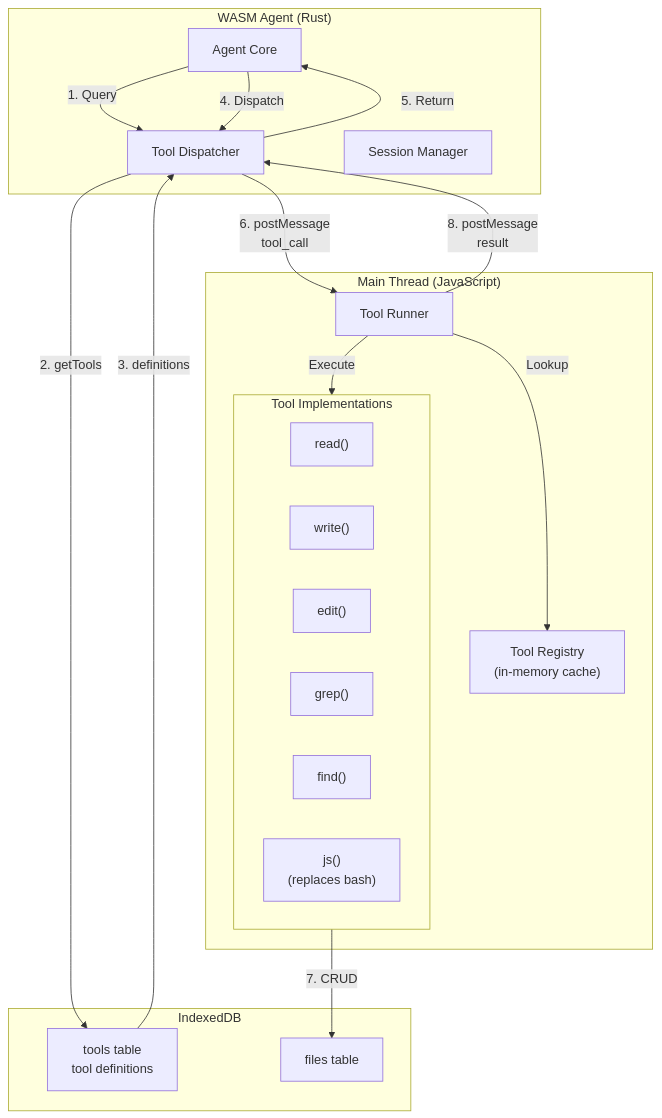
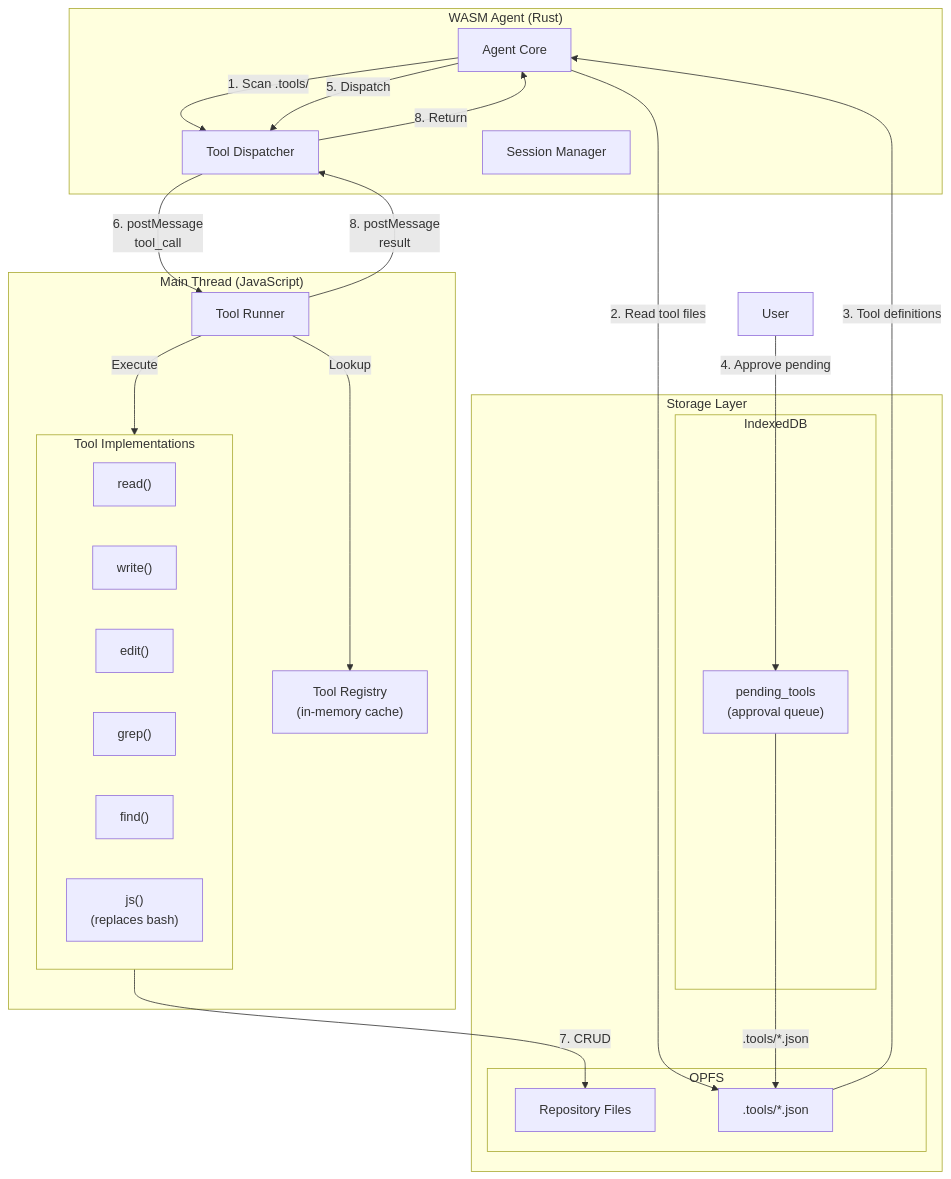
Before and after one commit to weolopez/aardvark: the third of 8 diagrams in ARCHITECTURE.md, drawn with Mermaid. The commit also changed other lines of this file, not shown here.

Commit message:
feat: Update architecture documentation to reflect OPFS integration and tool approval workflow

````diff
--- a/ARCHITECTURE.md
+++ b/ARCHITECTURE.md
@@ -115,40 +140,48 @@
 ```mermaid
 flowchart TB
     subgraph AgentWASM["WASM Agent (Rust)"]
         AgentCore["Agent Core"]
         ToolDispatcher["Tool Dispatcher"]
         SessionMgr["Session Manager"]
         
-        AgentCore -->|1. Query| ToolDispatcher
-        AgentCore -->|4. Dispatch| ToolDispatcher
-        ToolDispatcher -->|5. Return| AgentCore
+        AgentCore -->|1. Scan .tools/| ToolDispatcher
+        AgentCore -->|5. Dispatch| ToolDispatcher
+        ToolDispatcher -->|8. Return| AgentCore
     end
     
     subgraph MainThread["Main Thread (JavaScript)"]
         ToolRunner["Tool Runner"]
         ToolRegistry["Tool Registry<br/>(in-memory cache)"]
         
         subgraph ToolImpls["Tool Implementations"]
             Read["read()"]
             Write["write()"]
             Edit["edit()"]
             Grep["grep()"]
             Find["find()"]
             JS["js()<br/>(replaces bash)"]
         end
         
         ToolRunner -->|Lookup| ToolRegistry
         ToolRunner -->|Execute| ToolImpls
     end
     
-    subgraph IndexedDB["IndexedDB"]
-        ToolsTable["tools table<br/>tool definitions"]
-        FilesTable["files table"]
+    subgraph Storage["Storage Layer"]
+        subgraph OPFS["OPFS"]
+            RepoFiles["Repository Files"]
+            ToolFiles[".tools/*.json"]
+        end
+        subgraph IndexedDB["IndexedDB"]
+            PendingTools["pending_tools<br/>(approval queue)"]
+        end
     end
     
-    ToolDispatcher -->|2. getTools| ToolsTable
-    ToolsTable -->|3. definitions| ToolDispatcher
+    AgentCore -->|2. Read tool files| ToolFiles
+    ToolFiles -->|3. Tool definitions| AgentCore
     ToolDispatcher -->|6. postMessage<br/>tool_call| ToolRunner
-    ToolImpls -->|7. CRUD| FilesTable
+    ToolImpls -->|7. CRUD| RepoFiles
     ToolRunner -->|8. postMessage<br/>result| ToolDispatcher
+    
+    User["User"] -->|4. Approve pending| PendingTools
+    PendingTools -->|.tools/*.json| ToolFiles
 ```
````
